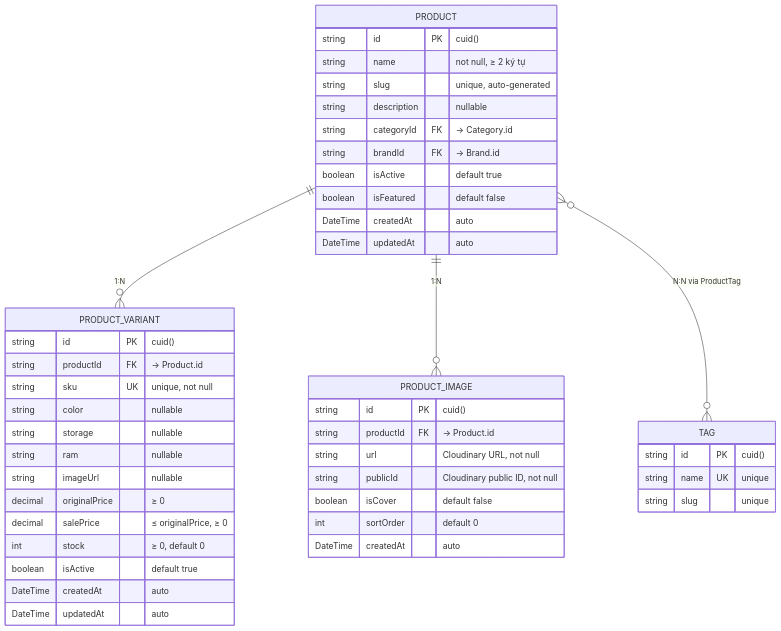
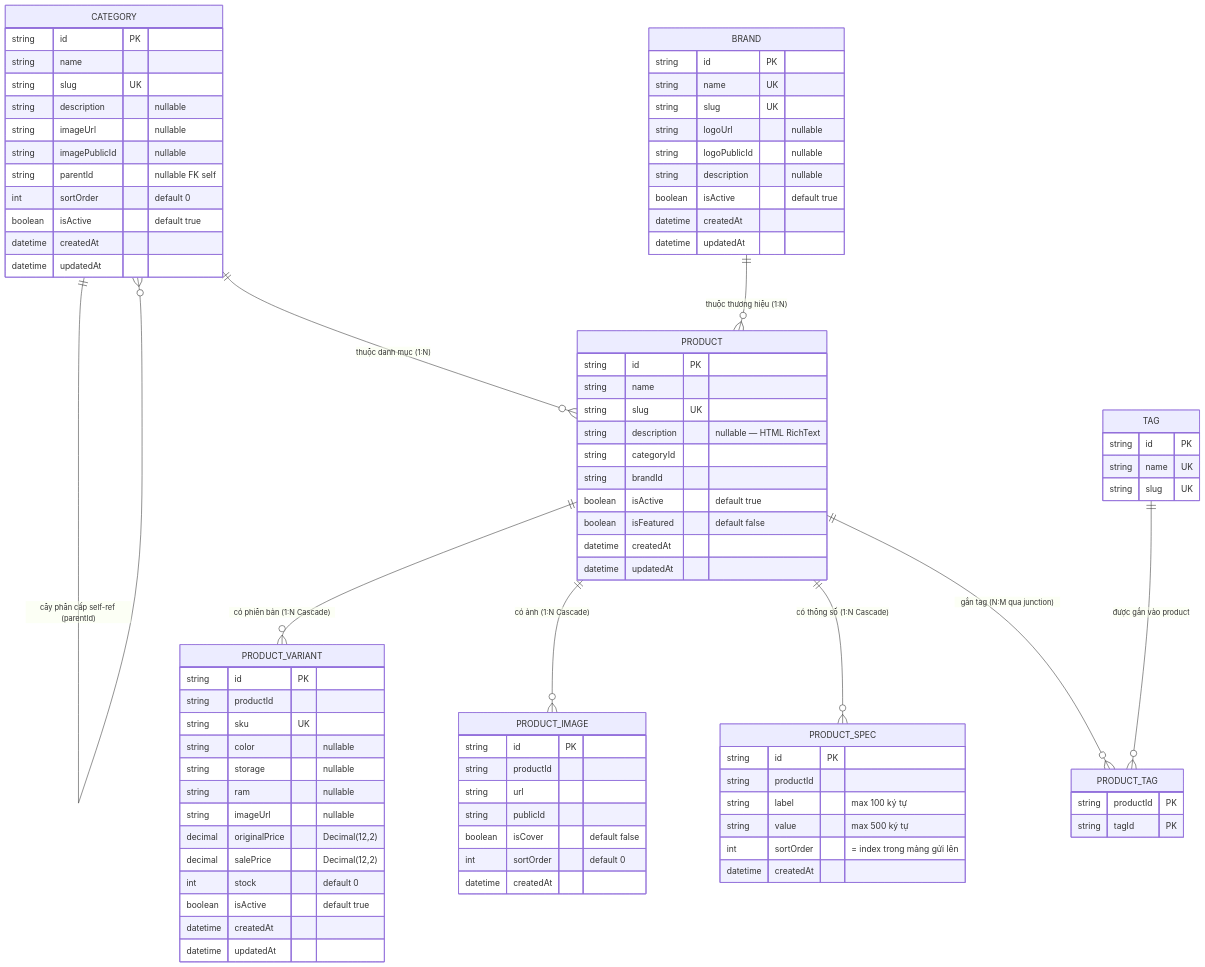
Before and after one commit to phamvinh203/mobivexa: the diagram in docs/Product/ERD.md, drawn with Mermaid. The commit also changed other lines of this file and 79 other files, not shown here.

Commit message:
📜 Add documentation for Inventory and Favorite modules including Use Cases, API Specifications, and Activity Diagrams

````diff
--- a/docs/Product/ERD.md
+++ b/docs/Product/ERD.md
@@ -13,56 +11,96 @@
 ```mermaid
 erDiagram
+    CATEGORY {
+        string   id           PK
+        string   name
+        string   slug         UK
+        string   description  "nullable"
+        string   imageUrl     "nullable"
+        string   imagePublicId "nullable"
+        string   parentId     "nullable FK self"
+        int      sortOrder    "default 0"
+        boolean  isActive     "default true"
+        datetime createdAt
+        datetime updatedAt
+    }
+
+    BRAND {
+        string   id           PK
+        string   name         UK
+        string   slug         UK
+        string   logoUrl      "nullable"
+        string   logoPublicId "nullable"
+        string   description  "nullable"
+        boolean  isActive     "default true"
+        datetime createdAt
+        datetime updatedAt
+    }
+
     PRODUCT {
-        string   id              PK  "cuid()"
-        string   name                "not null, ≥ 2 ký tự"
-        string   slug                "unique, auto-generated"
-        string   description         "nullable"
-        string   categoryId      FK  "→ Category.id"
-        string   brandId         FK  "→ Brand.id"
-        boolean  isActive            "default true"
-        boolean  isFeatured          "default false"
-        DateTime createdAt           "auto"
-        DateTime updatedAt           "auto"
+        string   id          PK
+        string   name
+        string   slug        UK
+        string   description "nullable — HTML RichText"
+        string   categoryId
+        string   brandId
+        boolean  isActive    "default true"
+        boolean  isFeatured  "default false"
+        datetime createdAt
+        datetime updatedAt
     }
 
     PRODUCT_VARIANT {
-        string   id              PK  "cuid()"
-        string   productId      FK  "→ Product.id"
-        string   sku             UK  "unique, not null"
-        string   color               "nullable"
-        string   storage             "nullable"
-        string   ram                 "nullable"
-        string   imageUrl            "nullable"
-        decimal  originalPrice       "≥ 0"
-        decimal  salePrice           "≤ originalPrice, ≥ 0"
-        int      stock               "≥ 0, default 0"
-        boolean  isActive            "default true"
-        DateTime createdAt           "auto"
-        DateTime updatedAt           "auto"
+        string   id            PK
+        string   productId
+        string   sku           UK
+        string   color         "nullable"
+        string   storage       "nullable"
+        string   ram           "nullable"
+        string   imageUrl      "nullable"
+        decimal  originalPrice "Decimal(12,2)"
+        decimal  salePrice     "Decimal(12,2)"
+        int      stock         "default 0"
+        boolean  isActive      "default true"
+        datetime createdAt
+        datetime updatedAt
     }
 
     PRODUCT_IMAGE {
-        string   id              PK  "cuid()"
-        string   productId      FK  "→ Product.id"
-        string   url                 "Cloudinary URL, not null"
-        string   publicId            "Cloudinary public ID, not null"
-        boolean  isCover             "default false"
-        int      sortOrder           "default 0"
-        DateTime createdAt           "auto"
+        string   id        PK
+        string   productId
+        string   url
+        string   publicId
+        boolean  isCover   "default false"
+        int      sortOrder "default 0"
+        datetime createdAt
+    }
+
+    PRODUCT_SPEC {
+        string   id        PK
+        string   productId
+        string   label     "max 100 ký tự"
+        string   value     "max 500 ký tự"
+        int      sortOrder "= index trong mảng gửi lên"
+        datetime createdAt
     }
 
     TAG {
-        string   id              PK  "cuid()"
-        string   name            UK  "unique"
-        string   slug               "unique"
+        string id   PK
+        string name UK
+        string slug UK
     }
 
-    %% Product has many variants
-    PRODUCT ||--o{ PRODUCT_VARIANT : "1:N"
+    PRODUCT_TAG {
+        string productId PK
+        string tagId     PK
+    }
 
-    %% Product has many images
-    PRODUCT ||--o{ PRODUCT_IMAGE : "1:N"
-
-    %% Product has many tags (many-to-many through ProductTag)
-    PRODUCT }o--o{ TAG : "N:N via ProductTag"
+    CATEGORY      ||--o{ CATEGORY      : "cây phân cấp self-ref (parentId)"
+    CATEGORY      ||--o{ PRODUCT       : "thuộc danh mục (1:N)"
+    BRAND         ||--o{ PRODUCT       : "thuộc thương hiệu (1:N)"
+    PRODUCT       ||--o{ PRODUCT_VARIANT : "có phiên bản (1:N Cascade)"
+    PRODUCT       ||--o{ PRODUCT_IMAGE   : "có ảnh (1:N Cascade)"
+    PRODUCT       ||--o{ PRODUCT_SPEC    : "có thông số (1:N Cascade)"
+    PRODUCT       ||--o{ PRODUCT_TAG     : "gắn tag (N:M qua junction)"
+    TAG           ||--o{ PRODUCT_TAG     : "được gắn vào product"
 ```
````
